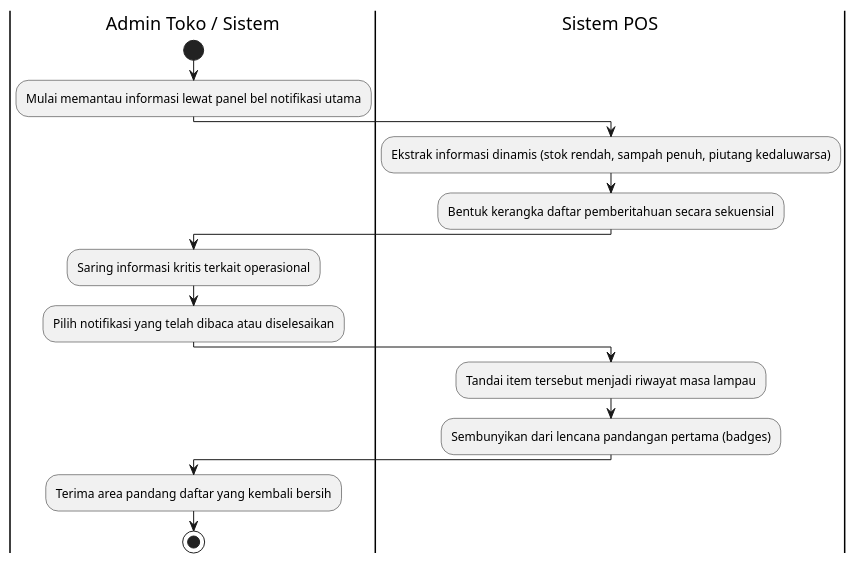
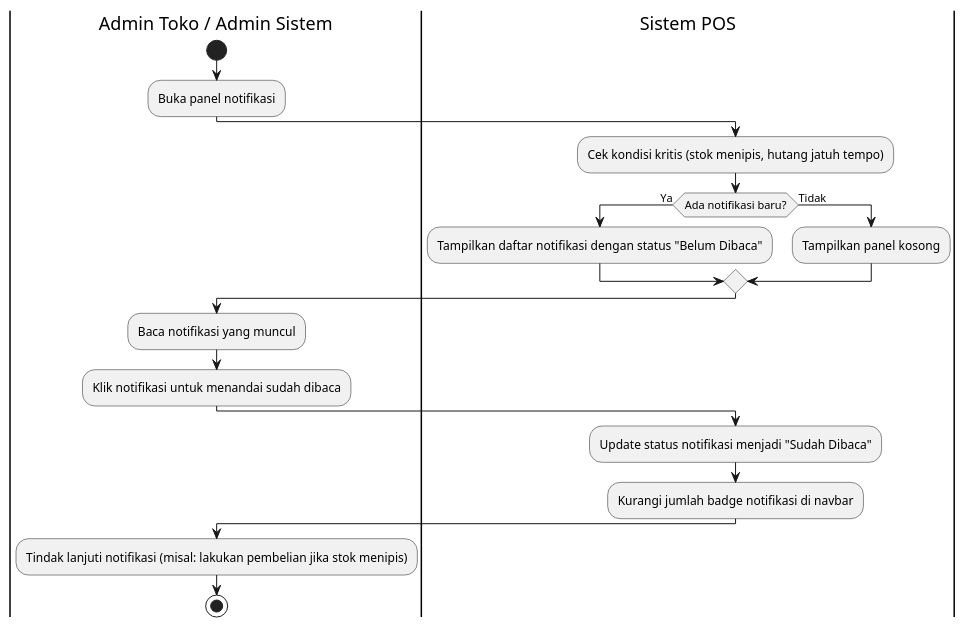
One commit to Aditiarzky/pos-app changed the diagram in docs/uml-activity-notifications.puml. Above: the diagram before and after it, drawn with PlantUML. The commit also changed 41 other files, not shown here.

```diff
--- a/docs/uml-activity-notifications.puml
+++ b/docs/uml-activity-notifications.puml
@@ -1,18 +1,25 @@
 @startuml
-|Admin Toko / Sistem|
+|Admin Toko / Admin Sistem|
 start
-:Mulai memantau informasi lewat panel bel notifikasi utama;
-|Sistem POS|
-:Ekstrak informasi dinamis (stok rendah, sampah penuh, piutang kedaluwarsa);
-:Bentuk kerangka daftar pemberitahuan secara sekuensial;
-|Admin Toko / Sistem|
-:Saring informasi kritis terkait operasional;
-:Pilih notifikasi yang telah dibaca atau diselesaikan;
+:Buka panel notifikasi;
 
 |Sistem POS|
-:Tandai item tersebut menjadi riwayat masa lampau;
-:Sembunyikan dari lencana pandangan pertama (badges);
-|Admin Toko / Sistem|
-:Terima area pandang daftar yang kembali bersih;
+:Cek kondisi kritis (stok menipis, hutang jatuh tempo);
+if (Ada notifikasi baru?) then (Ya)
+  :Tampilkan daftar notifikasi dengan status "Belum Dibaca";
+else (Tidak)
+  :Tampilkan panel kosong;
+endif
+
+|Admin Toko / Admin Sistem|
+:Baca notifikasi yang muncul;
+:Klik notifikasi untuk menandai sudah dibaca;
+
+|Sistem POS|
+:Update status notifikasi menjadi "Sudah Dibaca";
+:Kurangi jumlah badge notifikasi di navbar;
+
+|Admin Toko / Admin Sistem|
+:Tindak lanjuti notifikasi (misal: lakukan pembelian jika stok menipis);
 stop
 @enduml
```
